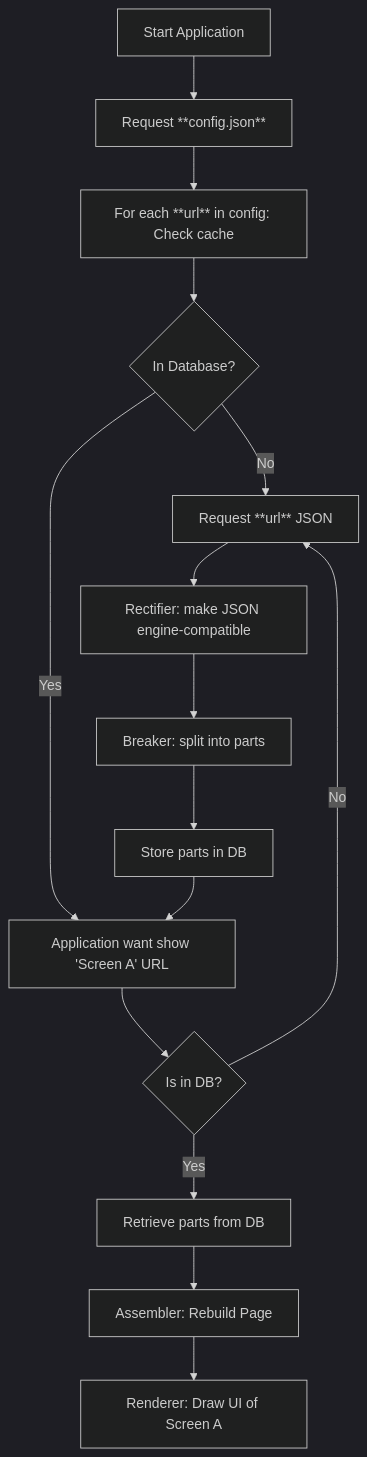
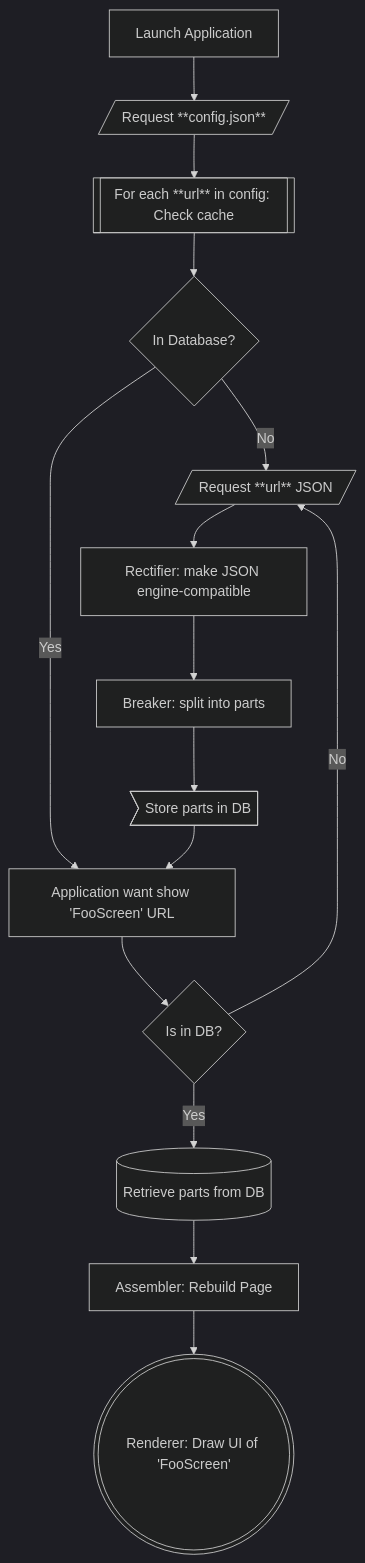
One commit to by-tezov/tuucho changed the diagram in mkdocs/docs/index.md. Above: the diagram before and after it, drawn with Mermaid (dark theme). The commit also changed other lines of this file and 39 other files, not shown here.

````diff
--- a/mkdocs/docs/index.md
+++ b/mkdocs/docs/index.md
@@ -53,17 +55,17 @@
 ```mermaid
 flowchart TD
-  A[Start Application] --> B[Request **config.json**]
-  B --> C[For each **url** in config: Check cache]
+  A[Launch Application] --> B[/Request **config.json**/]
+  B --> C[[For each **url** in config: Check cache]]
   C --> C1{In Database?}
-  C1 -- No --> D[Request **url** JSON]
+  C1 -- No --> D[/Request **url** JSON/]
   D --> E[Rectifier: make JSON engine-compatible]
   E --> F[Breaker: split into parts]
-  F --> G[Store parts in DB]
+  F --> G>Store parts in DB]
   C1 -- Yes --> H
-  G --> H[Application want show 'Screen A' URL]
+  G --> H[Application want show 'FooScreen' URL]
   H --> H1{Is in DB?}
-  H1 -- Yes --> I[Retrieve parts from DB]
+  H1 -- Yes --> I[(Retrieve parts from DB)]
   I --> J[Assembler: Rebuild Page]
-  J --> K[Renderer: Draw UI of Screen A]
+  J --> K(((Renderer: Draw UI of 'FooScreen')))
   H1 -- No --> D
 ```
````
